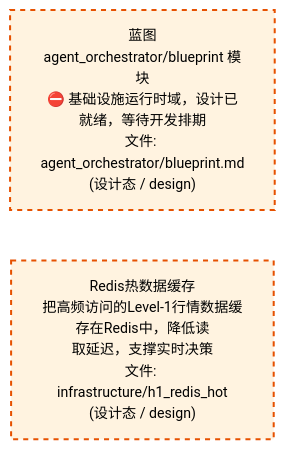
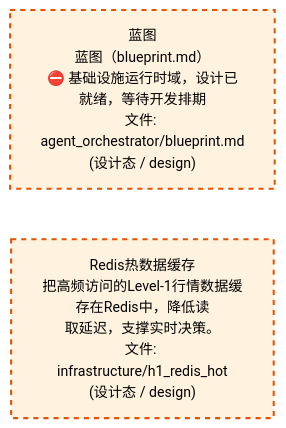
Before and after one commit to xuanFelixVan/ZephyrAlpha: the third of 4 diagrams in docs/02_enterprise_architecture/02_domain_architecture_docs/06_d_infra_runtime.md, drawn with Mermaid. The commit also changed other lines of this file and 61 other files, not shown here.

````diff
--- a/docs/02_enterprise_architecture/02_domain_architecture_docs/06_d_infra_runtime.md
+++ b/docs/02_enterprise_architecture/02_domain_architecture_docs/06_d_infra_runtime.md
@@ -1082,12 +1082,12 @@
 ```mermaid
 %%{init: {'theme': 'base', 'themeVariables': {'primaryColor': '#eaeaea', 'primaryTextColor': '#333333', 'primaryBorderColor': '#666666', 'lineColor': '#666666', 'secondaryColor': '#eaeaea', 'tertiaryColor': '#eaeaea', 'fontSize': '14px'}}}%%
 flowchart TD
-    docs_03_modules_cross_layer_agent_orchestrator_blueprint_md["蓝图<br/>agent_orchestrator/blueprint 模块<br/>⛔ 基础设施运行时域，设计已就绪，等待开发排期<br/>文件: agent_orchestrator/blueprint.md<br/>(设计态 / design)"]
-    src_zephyr_infrastructure_h1_redis_hot["Redis热数据缓存<br/>把高频访问的Level-1行情数据缓存在Redis中，降低读<br/>取延迟，支撑实时决策<br/>文件: infrastructure/h1_redis_hot<br/>(设计态 / design)"]
+    docs_03_modules_cross_layer_agent_orchestrator_blueprint_md["蓝图<br/>蓝图（blueprint.md）<br/>⛔ 基础设施运行时域，设计已就绪，等待开发排期<br/>文件: agent_orchestrator/blueprint.md<br/>(设计态 / design)"]
+    src_zephyr_infrastructure_h1_redis_hot["Redis热数据缓存<br/>把高频访问的Level-1行情数据缓存在Redis中，降低读<br/>取延迟，支撑实时决策。<br/>文件: infrastructure/h1_redis_hot<br/>(设计态 / design)"]
     docs_03_modules_cross_layer_agent_orchestrator_blueprint_md ~~~ src_zephyr_infrastructure_h1_redis_hot
     classDef production fill:#e1f5fe,stroke:#01579b,stroke-width:2px,color:#000
     classDef design fill:#fff3e0,stroke:#e65100,stroke-width:2px,color:#000,stroke-dasharray: 5 5
     classDef external_prod fill:#e8f4fd,stroke:#0277bd,stroke-width:1px,color:#000
     classDef external_design fill:#fff8e7,stroke:#ef6c00,stroke-width:1px,color:#000,stroke-dasharray: 5 5
     class docs_03_modules_cross_layer_agent_orchestrator_blueprint_md,src_zephyr_infrastructure_h1_redis_hot design
 ```
````
